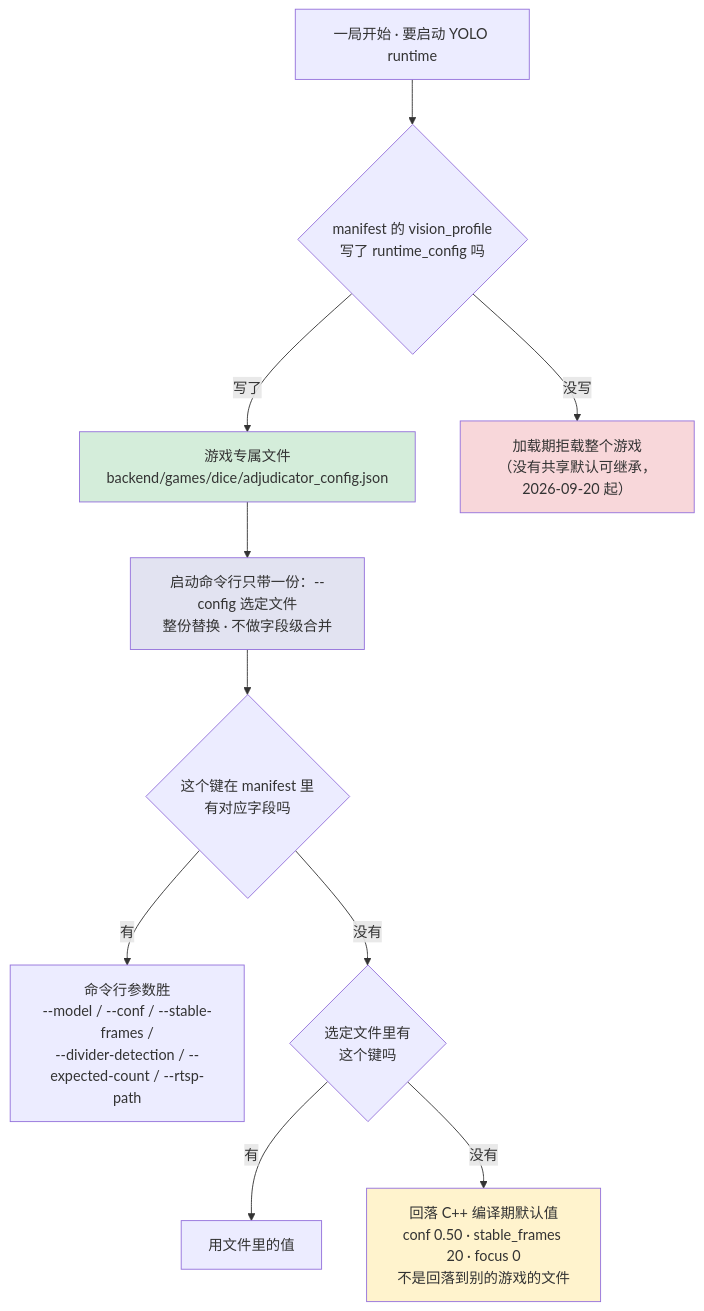
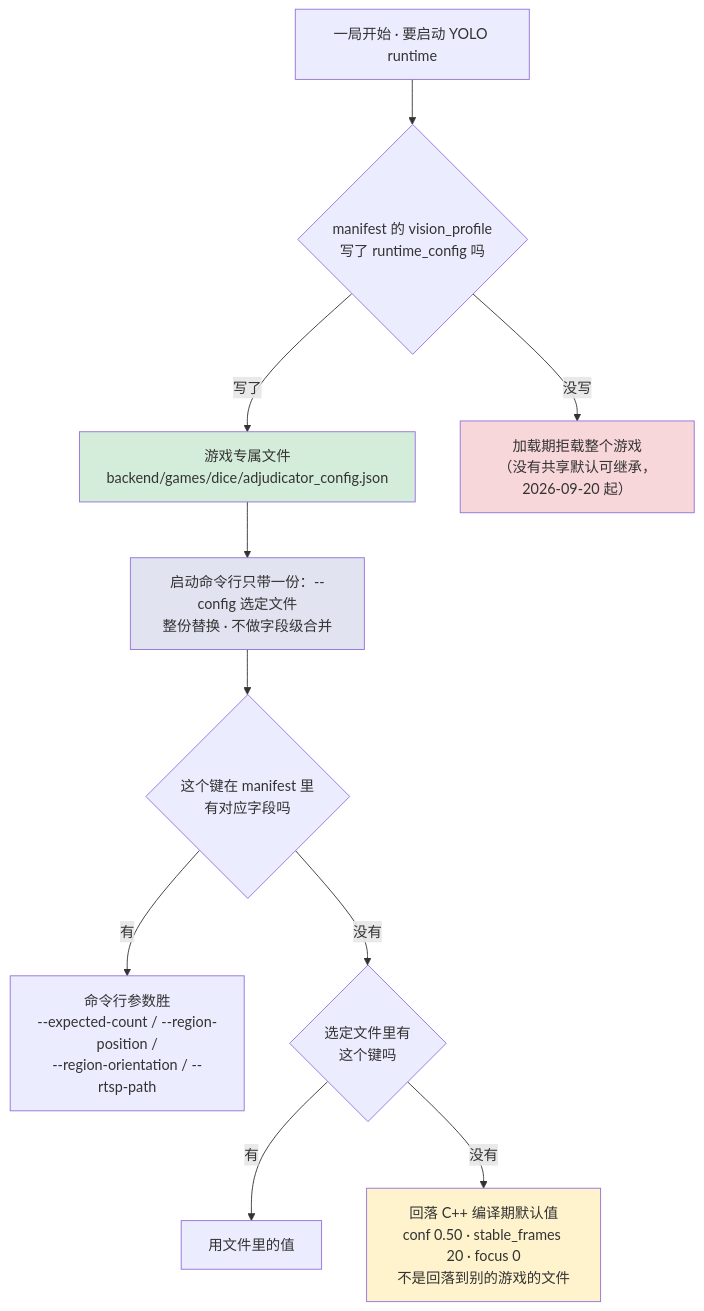
Before and after one commit to Fitz8863/spacemitk3-dice_demo: the second of 2 diagrams in FRAMEWORK_DISPATCH.md, drawn with Mermaid. The commit also changed other lines of this file and 12 other files, not shown here.

````diff
--- a/FRAMEWORK_DISPATCH.md
+++ b/FRAMEWORK_DISPATCH.md
@@ -154,20 +152,20 @@
 ```mermaid
 flowchart TD
     START["一局开始 · 要启动 YOLO runtime"] --> Q1{"manifest 的 vision_profile<br/>写了 runtime_config 吗"}
     Q1 -->|写了| F1["游戏专属文件<br/>backend/games/dice/adjudicator_config.json"]
     Q1 -->|没写| REJECT["加载期拒载整个游戏<br/>（没有共享默认可继承，2026-09-20 起）"]
 
     F1 --> LAUNCH
 
     LAUNCH["启动命令行只带一份：--config 选定文件<br/>整份替换 · 不做字段级合并"] --> Q3{"这个键在 manifest 里<br/>有对应字段吗"}
 
-    Q3 -->|有| WIN1["命令行参数胜<br/>--model / --conf / --stable-frames /<br/>--divider-detection / --expected-count / --rtsp-path"]
+    Q3 -->|有| WIN1["命令行参数胜<br/>--expected-count / --region-position /<br/>--region-orientation / --rtsp-path"]
     Q3 -->|没有| Q4{"选定文件里有<br/>这个键吗"}
     Q4 -->|有| WIN2["用文件里的值"]
     Q4 -->|没有| WIN3["回落 C++ 编译期默认值<br/>conf 0.50 · stable_frames 20 · focus 0<br/>不是回落到别的游戏的文件"]
 
     style F1 fill:#d4edda
     style LAUNCH fill:#e2e3f1
     style WIN3 fill:#fff3cd
     style REJECT fill:#f8d7da
 ```
````
